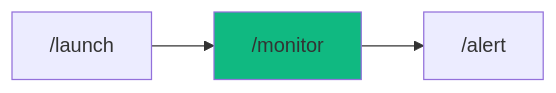
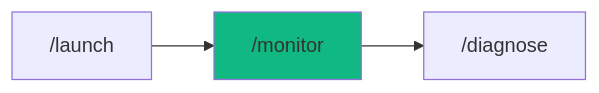
Before and after one commit to pikakit/agent-skills: the diagram in .agent/workflows/monitor.md, drawn with Mermaid. The commit also changed other lines of this file and 203 other files, not shown here.

````diff
--- a/.agent/workflows/monitor.md
+++ b/.agent/workflows/monitor.md
@@ -240,6 +240,6 @@
 ```mermaid
 graph LR
     A["/launch"] --> B["/monitor"]
-    B --> C["/alert"]
+    B --> C["/diagnose"]
     style B fill:#10b981
 ```
````
